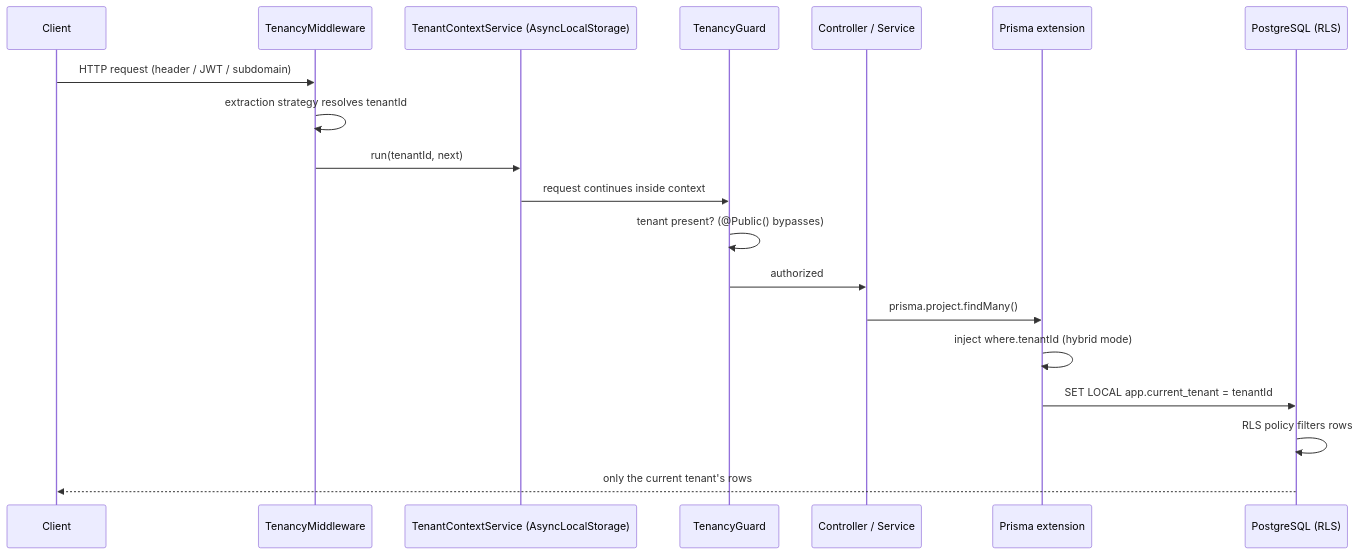
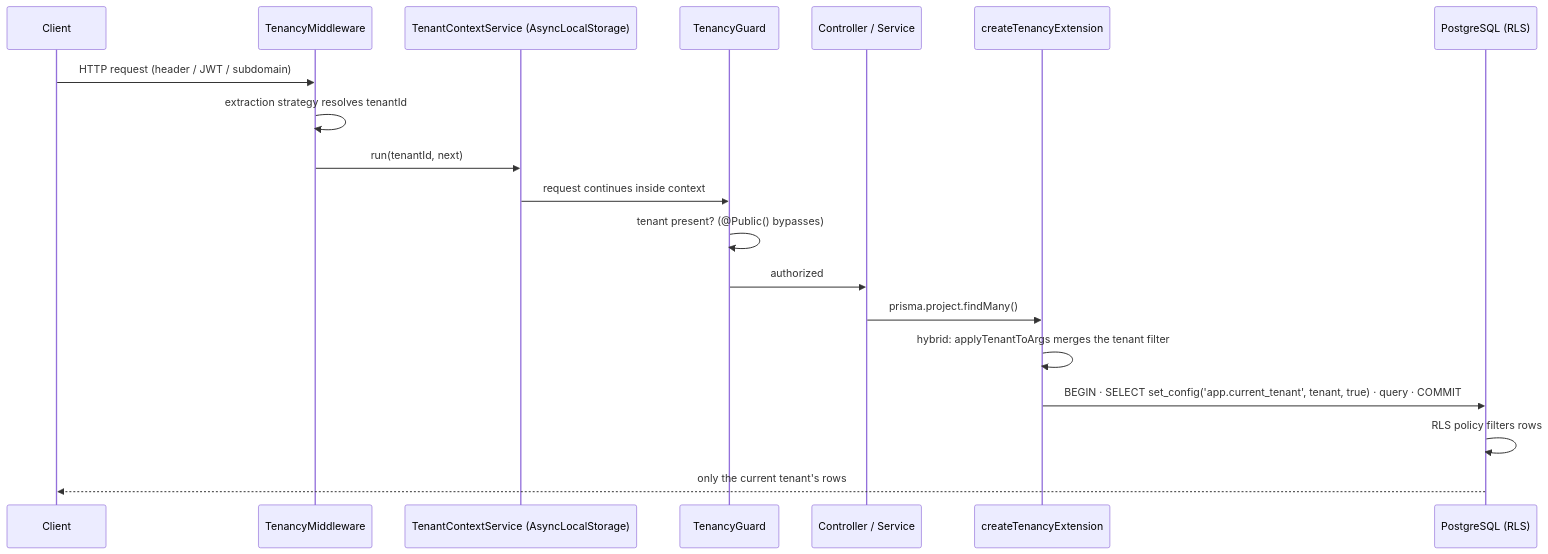
Before and after one commit to gettenantry/tenantry: the second of 2 diagrams in ARCHITECTURE.md, drawn with Mermaid. The commit also changed other lines of this file, not shown here.

First line of the commit message:
docs: add component diagram and sync architecture with shipped code

````diff
--- a/ARCHITECTURE.md
+++ b/ARCHITECTURE.md
@@ -15,22 +53,22 @@
 ```mermaid
 sequenceDiagram
     participant C as Client
     participant M as TenancyMiddleware
     participant ALS as TenantContextService (AsyncLocalStorage)
     participant G as TenancyGuard
     participant H as Controller / Service
-    participant P as Prisma extension
+    participant P as createTenancyExtension
     participant PG as PostgreSQL (RLS)
 
     C->>M: HTTP request (header / JWT / subdomain)
     M->>M: extraction strategy resolves tenantId
     M->>ALS: run(tenantId, next)
     ALS->>G: request continues inside context
     G->>G: tenant present? (@Public() bypasses)
     G->>H: authorized
     H->>P: prisma.project.findMany()
-    P->>P: inject where.tenantId (hybrid mode)
-    P->>PG: SET LOCAL app.current_tenant = tenantId
+    P->>P: hybrid: applyTenantToArgs merges the tenant filter
+    P->>PG: BEGIN · SELECT set_config('app.current_tenant', tenant, true) · query · COMMIT
     PG->>PG: RLS policy filters rows
     PG-->>C: only the current tenant's rows
 ```
````
